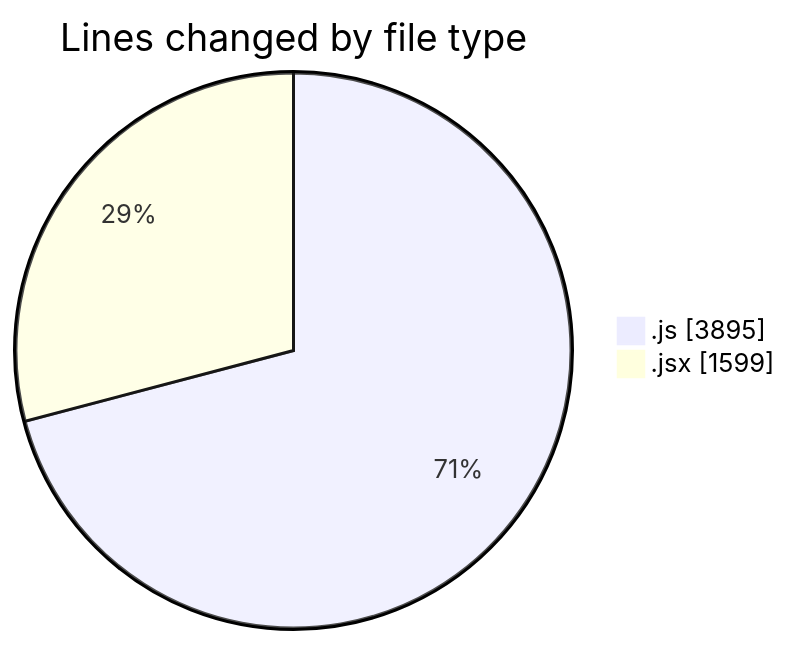
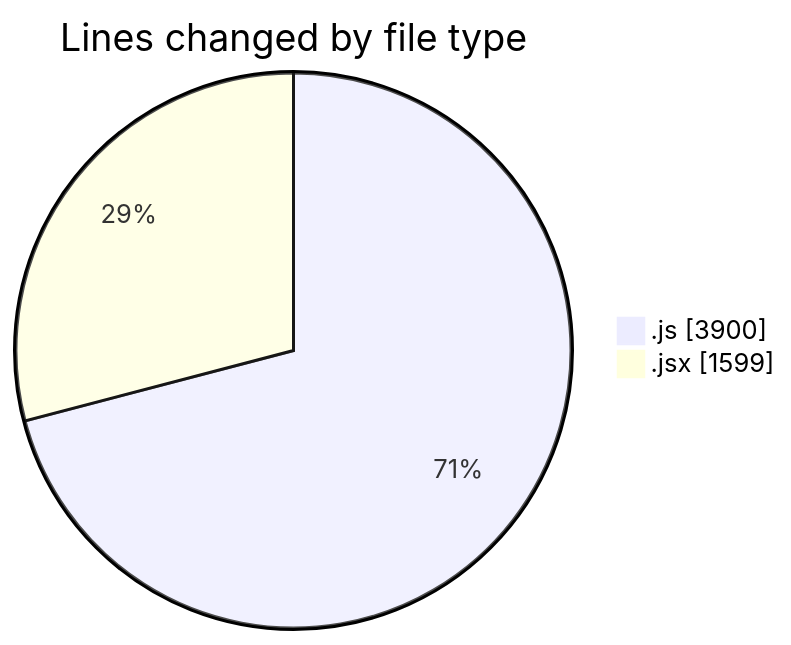
Before and after one commit to nxtqubesakshisongat/code-tracking: the first of 2 diagrams in 2025-08-13/nxtqube_webapp/README.md, drawn with Mermaid. The commit also changed other lines of this file and 1 other file, not shown here.

````diff
--- a/2025-08-13/nxtqube_webapp/README.md
+++ b/2025-08-13/nxtqube_webapp/README.md
@@ -23,6 +23,6 @@
 ```mermaid
 pie showData
 title Lines changed by file type
-".js" : 3895
+".js" : 3900
 ".jsx" : 1599
 ```
````
